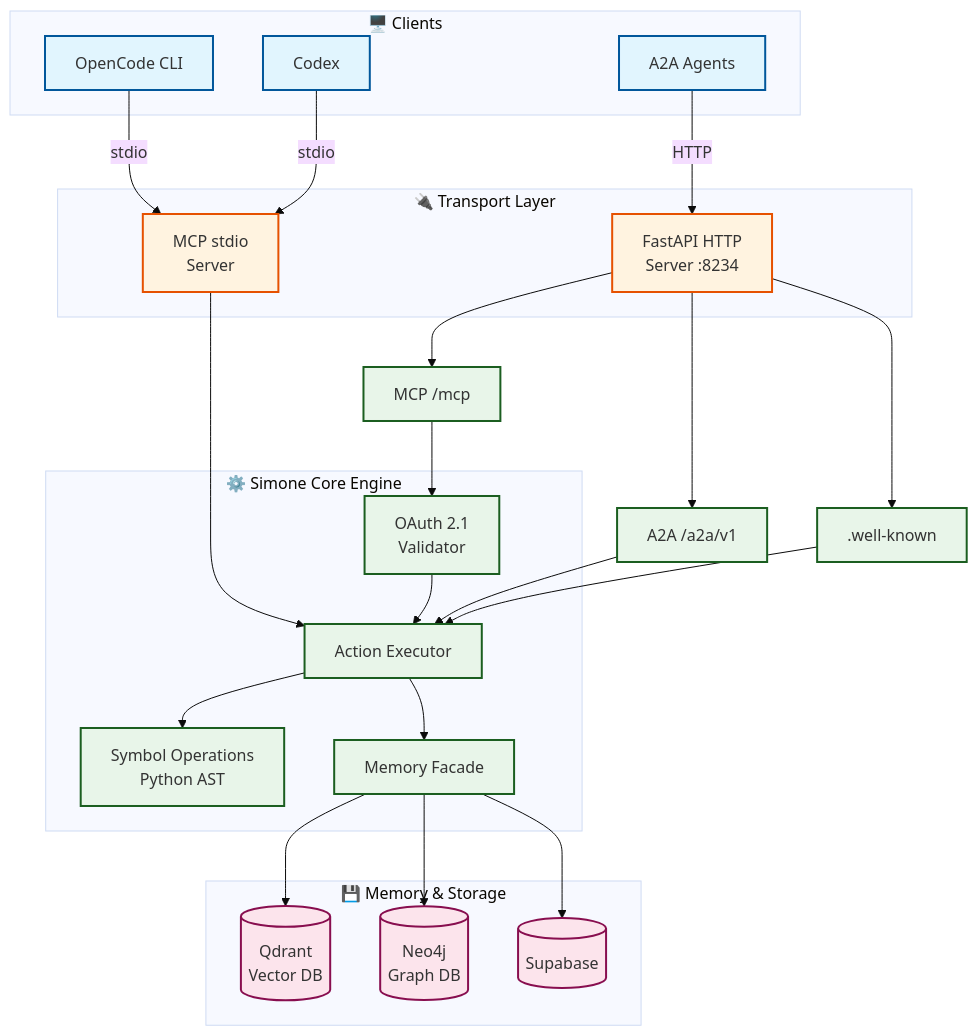
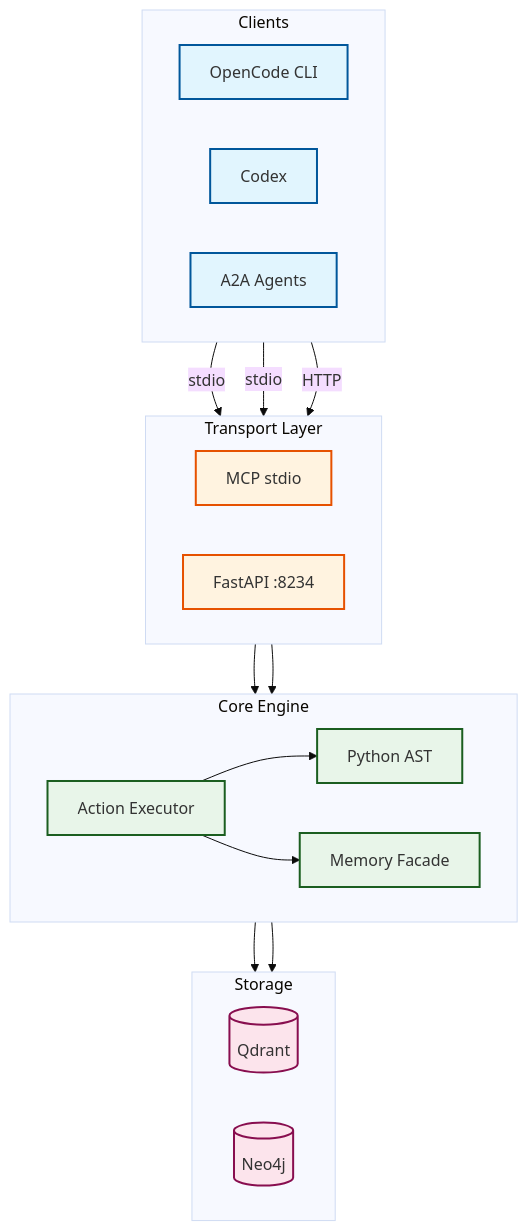
The diagram in legacy/simone-mcp/README.md (OpenSIN-Code/SIN-Code), drawn with Mermaid (base theme) before and after one commit. The commit also changed other lines of this file, not shown here.

````diff
--- a/legacy/simone-mcp/README.md
+++ b/legacy/simone-mcp/README.md
@@ -65,56 +112,48 @@
 ```mermaid
-graph TB
-    subgraph Clients["🖥️ Clients"]
-        OC[OpenCode CLI]
-        CX[Codex]
-        A2A[A2A Agents]
+flowchart TB
+    subgraph Clients["Clients"]
+        direction LR
+        OC["OpenCode CLI"]
+        CX["Codex"]
+        A2A["A2A Agents"]
     end
 
-    subgraph Transport["🔌 Transport Layer"]
-        STDIO[MCP stdio<br/>Server]
-        HTTP[FastAPI HTTP<br/>Server :8234]
+    subgraph Transport["Transport Layer"]
+        direction LR
+        STDIO["MCP stdio"]
+        HTTP["FastAPI :8234"]
     end
 
-    subgraph Core["⚙️ Simone Core Engine"]
-        EXEC[Action Executor]
-        SYMBOL[Symbol Operations<br/>Python AST]
-        MEMORY[Memory Facade]
-        AUTH[OAuth 2.1<br/>Validator]
+    subgraph Core["Core Engine"]
+        direction LR
+        EXEC["Action Executor"]
+        SYMBOL["Python AST"]
+        MEMORY["Memory Facade"]
     end
 
-    subgraph Storage["💾 Memory & Storage"]
-        QDRANT[(Qdrant<br/>Vector DB)]
-        NEO4J[(Neo4j<br/>Graph DB)]
-        SUPABASE[(Supabase)]
+    subgraph Storage["Storage"]
+        direction LR
+        QDRANT[("Qdrant")]
+        NEO4J[("Neo4j")]
     end
 
     OC -->|stdio| STDIO
     CX -->|stdio| STDIO
     A2A -->|HTTP| HTTP
-
     STDIO --> EXEC
-    HTTP --> MCP[MCP /mcp]
-    HTTP --> A2AEP[A2A /a2a/v1]
-    HTTP --> WELL[.well-known]
-    
-    MCP --> AUTH
-    A2AEP --> EXEC
-    WELL --> EXEC
-    AUTH --> EXEC
-    
+    HTTP --> EXEC
     EXEC --> SYMBOL
     EXEC --> MEMORY
     MEMORY --> QDRANT
     MEMORY --> NEO4J
-    MEMORY --> SUPABASE
 
-    classDef client fill:#e1f5fe,stroke:#01579b,stroke-width:2px
-    classDef transport fill:#fff3e0,stroke:#e65100,stroke-width:2px
-    classDef core fill:#e8f5e9,stroke:#1b5e20,stroke-width:2px
-    classDef storage fill:#fce4ec,stroke:#880e4f,stroke-width:2px
+    classDef clientClass fill:#e1f5fe,stroke:#01579b,stroke-width:2px
+    classDef transportClass fill:#fff3e0,stroke:#e65100,stroke-width:2px
+    classDef coreClass fill:#e8f5e9,stroke:#1b5e20,stroke-width:2px
+    classDef storageClass fill:#fce4ec,stroke:#880e4f,stroke-width:2px
 
-    class OC,CX,A2A client
-    class STDIO,HTTP transport
-    class EXEC,SYMBOL,MEMORY,AUTH,MCP,A2AEP,WELL core
-    class QDRANT,NEO4J,SUPABASE storage
+    class OC,CX,A2A clientClass
+    class STDIO,HTTP transportClass
+    class EXEC,SYMBOL,MEMORY coreClass
+    class QDRANT,NEO4J storageClass
 ```
````
